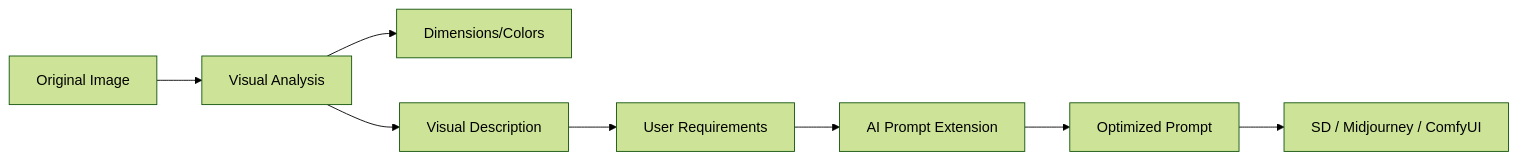
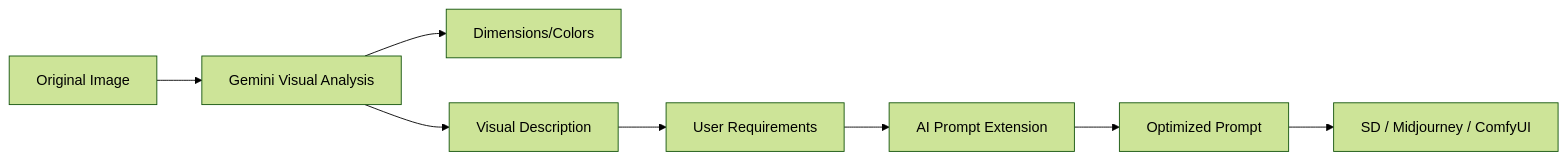
One commit to qiushanyueyue/image-pre-edit changed the diagram in README.md. Above: the diagram before and after it, drawn with Mermaid (forest theme). The commit also changed other lines of this file, not shown here.

Commit message:
docs: update README with Gemini backend and new features info

````diff
--- a/README.md
+++ b/README.md
@@ -28,10 +30,10 @@
 ```mermaid
 graph LR
-    IMG[Original Image] --> AI[Visual Analysis]
+    IMG[Original Image] --> AI[Gemini Visual Analysis]
     AI --> DIM[Dimensions/Colors]
     AI --> DESC[Visual Description]
     DESC --> USR[User Requirements]
     USR --> EXT[AI Prompt Extension]
     EXT --> FINAL[Optimized Prompt]
     FINAL --> TOOL[SD / Midjourney / ComfyUI]
 ```
````
